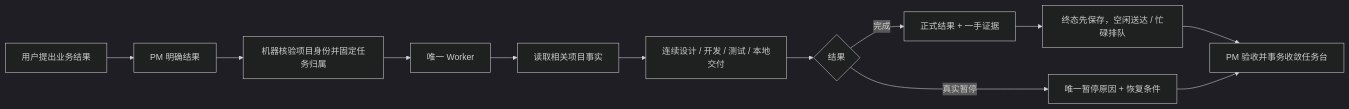
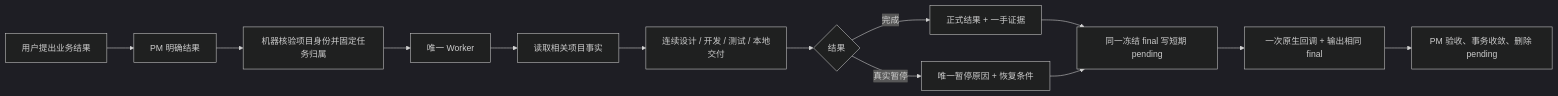
Before and after one commit to adubeyond/beyond-ai-collaboration: the diagram in docs/系统架构与运行机制.md, drawn with Mermaid (dark theme). The commit also changed other lines of this file and 40 other files, not shown here.

````diff
--- a/docs/系统架构与运行机制.md
+++ b/docs/系统架构与运行机制.md
@@ -100,14 +100,15 @@
 ```mermaid
 flowchart LR
     U["用户提出业务结果"] --> P["PM 明确结果"]
     P --> I["机器核验项目身份并固定任务归属"]
     I --> W["唯一 Worker"]
     W --> F["读取相关项目事实"]
     F --> A["连续设计 / 开发 / 测试 / 本地交付"]
     A --> C{"结果"}
     C -->|"完成"| D["正式结果 + 一手证据"]
     C -->|"真实暂停"| S["唯一暂停原因 + 恢复条件"]
-    D --> T["终态先保存，空闲送达 / 忙碌排队"]
-    T --> R["PM 验收并事务收敛任务台"]
-    S --> R
+    D --> T["同一冻结 final 写短期 pending"]
+    S --> T
+    T --> N["一次原生回调 + 输出相同 final"]
+    N --> R["PM 验收、事务收敛、删除 pending"]
 ```
````
